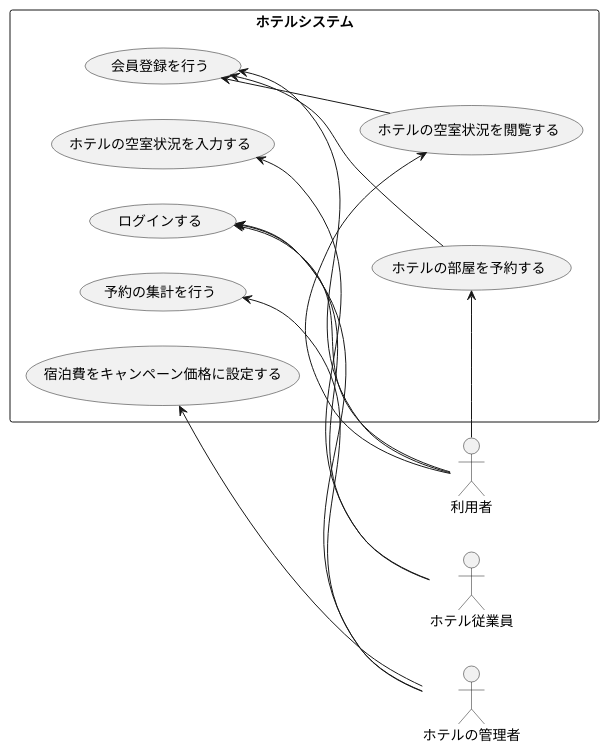
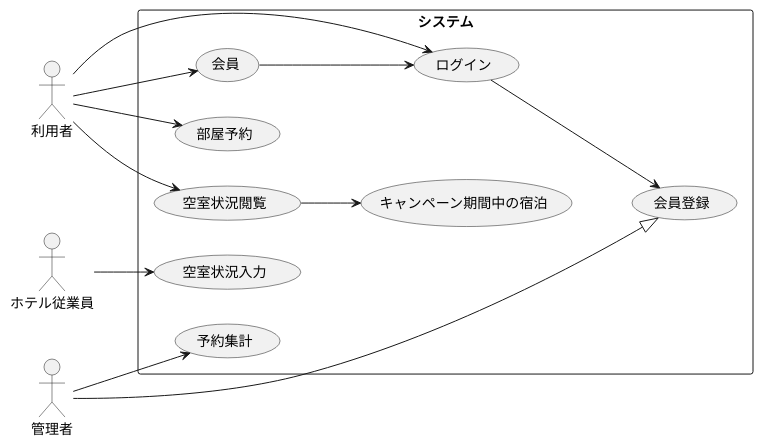
The diagram in 演習2-8_UC_ホテル予約システム.pu (nishiyu0919/uml-introduction), drawn with PlantUML before and after one commit. The commit also changed 1 other file, not shown here.

```diff
--- a/演習2-8_UC_ホテル予約システム.pu
+++ b/演習2-8_UC_ホテル予約システム.pu
@@ -1,20 +1,34 @@
 @startuml 演習2-8
 left to right direction
-actor 利用者
-actor ホテル従業員
-actor ホテルの管理者
 
-rectangle ホテルシステム {
-  利用者 --> (ホテルの空室状況を閲覧する)
-  利用者 --> (ホテルの部屋を予約する)
-  (ホテルの空室状況を入力する) <-- ホテル従業員
-  (予約の集計を行う) <-- ホテルの管理者
-  (ログインする) <-- 利用者
-  (会員登録を行う) <-- 利用者
-  (宿泊費をキャンペーン価格に設定する) <-- ホテルの管理者
-  (ログインする) <-- ホテル従業員
-  (ログインする) <-- ホテルの管理者
-  (会員登録を行う) <-- (ホテルの部屋を予約する)
-  (会員登録を行う) <-- (ホテルの空室状況を閲覧する)
+actor 利用者 
+actor ホテル従業員 
+actor 管理者 
+
+rectangle システム {
+  usecase ログイン 
+  usecase 会員登録 
+  usecase 会員
+  usecase 空室状況閲覧 
+  usecase 部屋予約 
+  usecase 予約集計 
+  usecase キャンペーン期間中の宿泊 
+
+  利用者 --> (ログイン)
+  利用者 --> (空室状況閲覧)
+  利用者 --> (部屋予約)
+  ホテル従業員 --> (空室状況入力)
+  管理者 --> (予約集計)
+
+  ログイン --> (会員登録)
+
+  空室状況閲覧 --> (キャンペーン期間中の宿泊)
+
+  
+    利用者 --> 会員
+    会員 --> ログイン
+    管理者 --|> 会員登録
+  
 }
+
 @enduml
```
